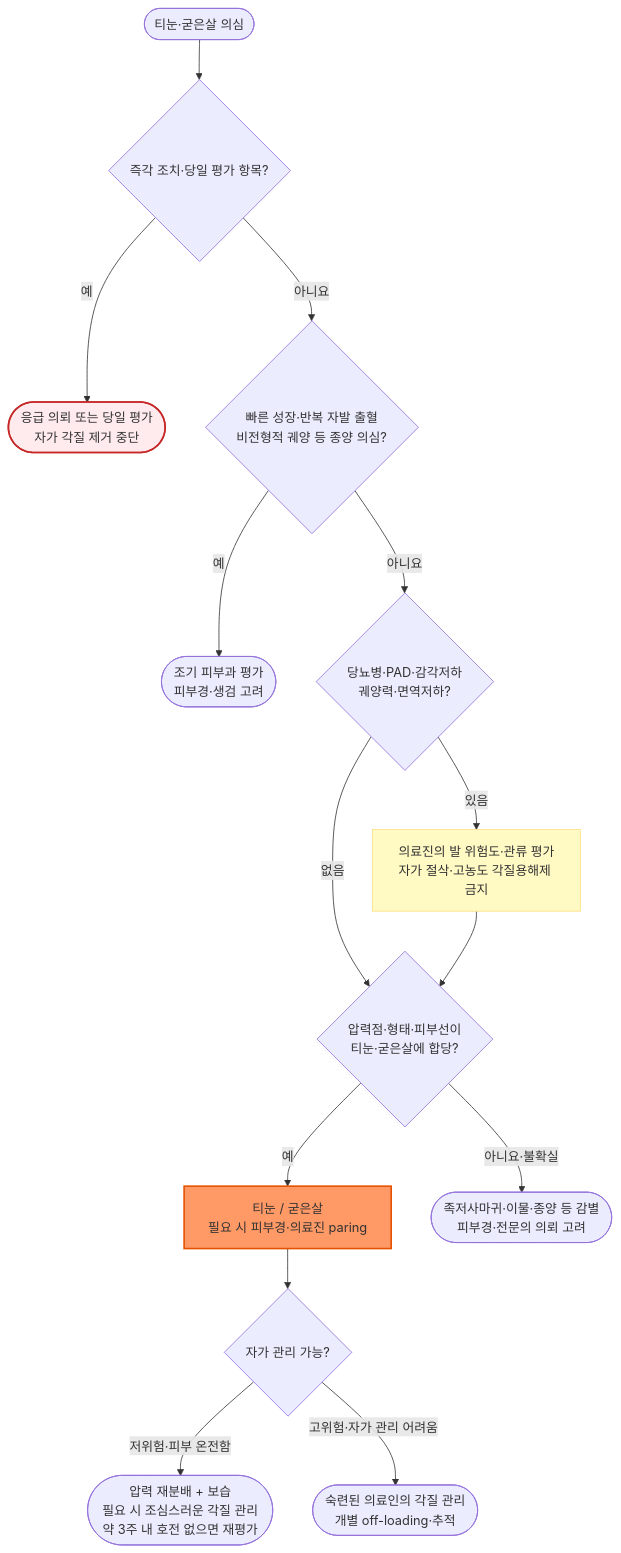
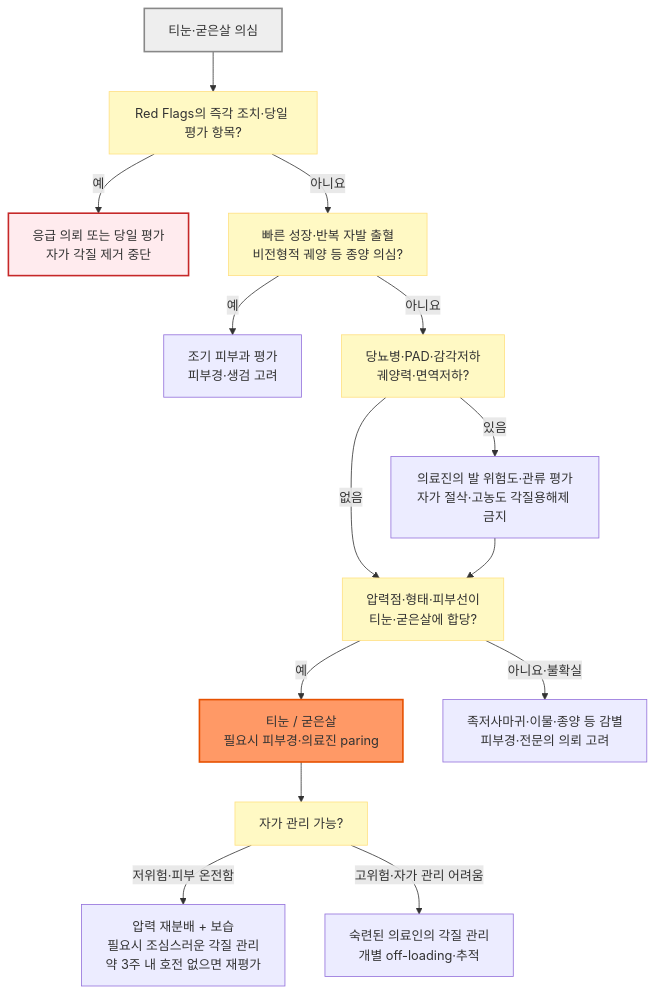
The diagram in 229_/183_-callus-corn.md (familyoh77/familyoh77), drawn with Mermaid before and after one commit. The commit also changed other lines of this file and 5 other files, not shown here.

````diff
--- a/229_/183_-callus-corn.md
+++ b/229_/183_-callus-corn.md
@@ -89,19 +89,24 @@
 ```mermaid
 graph TD
-    A(["티눈·굳은살 의심"]) --> U{"즉각 조치·당일 평가 항목?"}
-    U -->|"예"| V(["응급 의뢰 또는 당일 평가<br>자가 각질 제거 중단"])
-    U -->|"아니요"| Q{"빠른 성장·반복 자발 출혈<br>비전형적 궤양 등 종양 의심?"}
-    Q -->|"예"| G(["조기 피부과 평가<br>피부경·생검 고려"])
-    Q -->|"아니요"| E{"당뇨병·PAD·감각저하<br>궤양력·면역저하?"}
+    A["티눈·굳은살 의심"] --> U["Red Flags의 즉각 조치·당일 평가 항목?"]
+    U -->|"예"| V["응급 의뢰 또는 당일 평가<br>자가 각질 제거 중단"]
+    U -->|"아니요"| Q["빠른 성장·반복 자발 출혈<br>비전형적 궤양 등 종양 의심?"]
+    Q -->|"예"| G["조기 피부과 평가<br>피부경·생검 고려"]
+    Q -->|"아니요"| E["당뇨병·PAD·감각저하<br>궤양력·면역저하?"]
     E -->|"있음"| H["의료진의 발 위험도·관류 평가<br>자가 절삭·고농도 각질용해제 금지"]
-    E -->|"없음"| B{"압력점·형태·피부선이<br>티눈·굳은살에 합당?"}
+    E -->|"없음"| B["압력점·형태·피부선이<br>티눈·굳은살에 합당?"]
     H --> B
-    B -->|"예"| D["티눈 / 굳은살<br>필요 시 피부경·의료진 paring"]
-    B -->|"아니요·불확실"| J(["족저사마귀·이물·종양 등 감별<br>피부경·전문의 의뢰 고려"])
-    D --> R{"자가 관리 가능?"}
-    R -->|"저위험·피부 온전함"| F(["압력 재분배 + 보습<br>필요 시 조심스러운 각질 관리<br>약 3주 내 호전 없으면 재평가"])
-    R -->|"고위험·자가 관리 어려움"| P(["숙련된 의료인의 각질 관리<br>개별 off-loading·추적"])
+    B -->|"예"| D["티눈 / 굳은살<br>필요시 피부경·의료진 paring"]
+    B -->|"아니요·불확실"| J["족저사마귀·이물·종양 등 감별<br>피부경·전문의 의뢰 고려"]
+    D --> R["자가 관리 가능?"]
+    R -->|"저위험·피부 온전함"| F["압력 재분배 + 보습<br>필요시 조심스러운 각질 관리<br>약 3주 내 호전 없으면 재평가"]
+    R -->|"고위험·자가 관리 어려움"| P["숙련된 의료인의 각질 관리<br>개별 off-loading·추적"]
+    style A fill:#eeeeee,stroke:#888888,stroke-width:2px
+    style U fill:#fff9c4,stroke:#ffe082
+    style Q fill:#fff9c4,stroke:#ffe082
+    style E fill:#fff9c4,stroke:#ffe082
+    style B fill:#fff9c4,stroke:#ffe082
+    style R fill:#fff9c4,stroke:#ffe082
     style D fill:#f96,stroke:#e65100,stroke-width:2px
     style V fill:#ffebee,stroke:#c62828,stroke-width:2px
-    style H fill:#fff9c4,stroke:#ffe082
 ```
````
